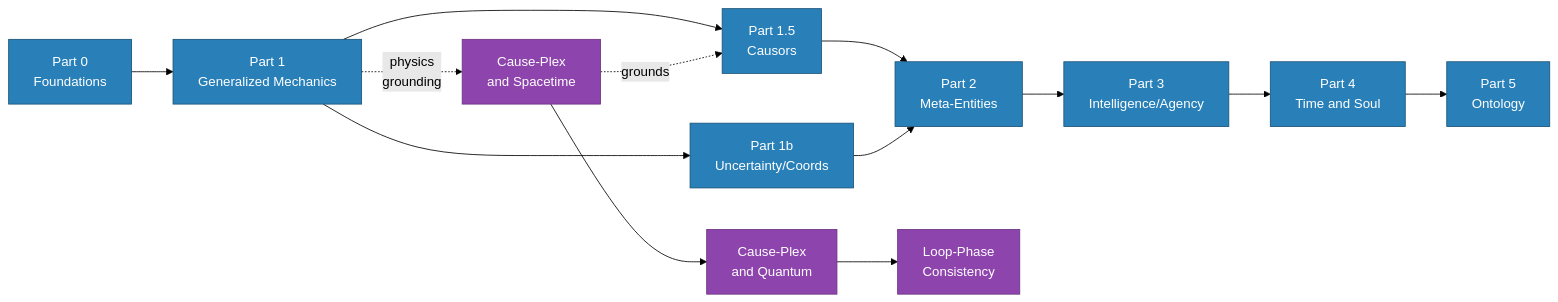
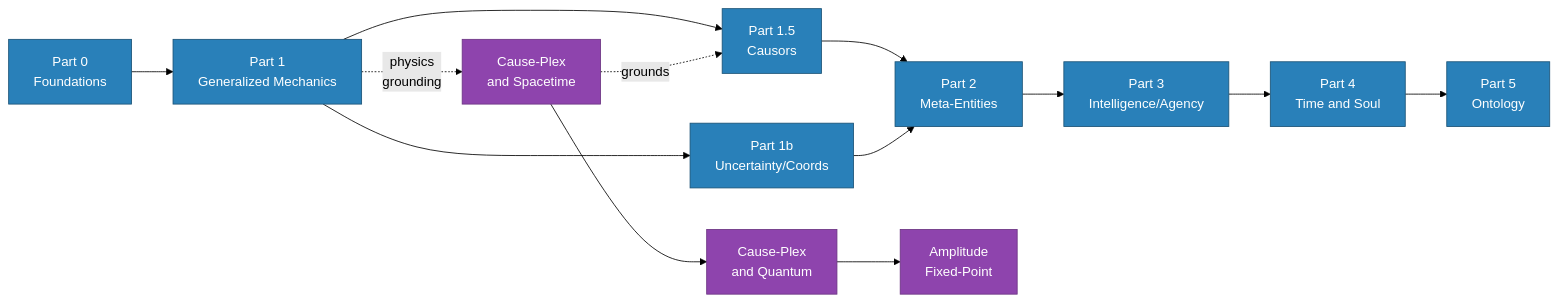
The first of 2 diagrams in docs/theory/series_map.md (ianderrington/epiphysics), drawn with Mermaid (forest theme) before and after one commit. The commit also changed other lines of this file and 30 other files, not shown here.

````diff
--- a/docs/theory/series_map.md
+++ b/docs/theory/series_map.md
@@ -24,33 +24,33 @@
 ```mermaid
 graph LR
     classDef core fill:#2980b9,color:#fff,stroke:#1a5276
     classDef physics fill:#8e44ad,color:#fff,stroke:#6c3483
     classDef note fill:#ecf0f1,color:#2c3e50,stroke:#bdc3c7
 
     P0["Part 0<br/>Foundations"]:::core
     P1["Part 1<br/>Generalized Mechanics"]:::core
     P15["Part 1.5<br/>Causors"]:::core
     P1b["Part 1b<br/>Uncertainty/Coords"]:::core
     P2["Part 2<br/>Meta-Entities"]:::core
     P3["Part 3<br/>Intelligence/Agency"]:::core
     P4["Part 4<br/>Time and Soul"]:::core
     P5["Part 5<br/>Ontology"]:::core
 
     ST["Cause-Plex<br/>and Spacetime"]:::physics
     QM["Cause-Plex<br/>and Quantum"]:::physics
-    LP["Loop-Phase<br/>Consistency"]:::physics
+    FP["Amplitude<br/>Fixed-Point"]:::physics
 
     P0 --> P1
     P1 --> P15
     P1 --> P1b
     P15 --> P2
     P1b --> P2
     P2 --> P3
     P3 --> P4
     P4 --> P5
 
     P1 -.->|"physics<br/>grounding"| ST
     ST --> QM
-    QM --> LP
+    QM --> FP
     ST -.->|"grounds"| P15
 ```
````
